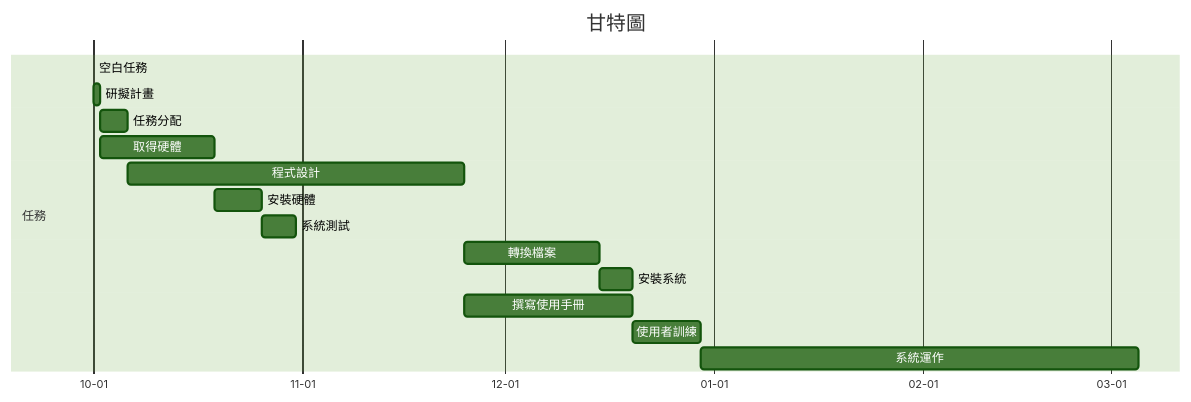
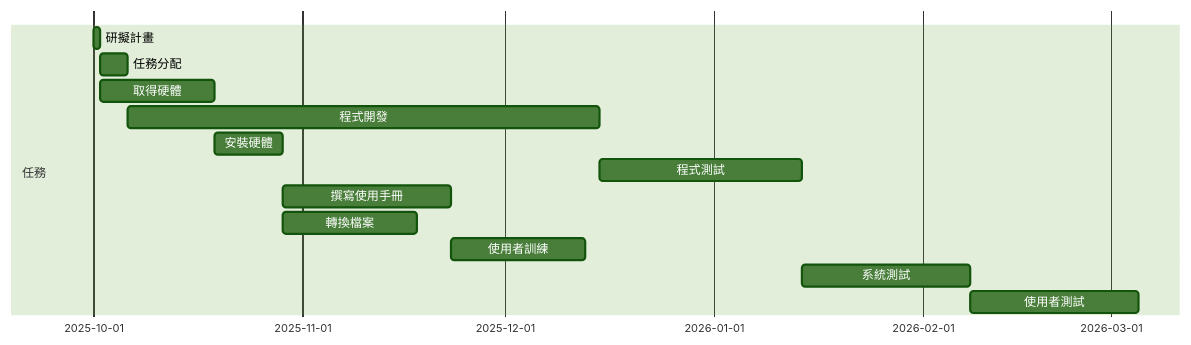
The second of 2 diagrams in hw2.md (chuuu-8/114-b), drawn with Mermaid (forest theme) before and after one commit. The commit also changed other lines of this file, not shown here.

````diff
--- a/hw2.md
+++ b/hw2.md
@@ -31,19 +40,16 @@
 ```mermaid
 gantt
-    title 甘特圖
     dateFormat  YYYY-MM-DD
-    axisFormat  %m-%d
     section 任務
-    空白任務       :b0, 2025-10-01, 0d
-    研擬計畫       :a1, after b0, 1d
+    研擬計畫       :a1, 2025-10-01, 1d
     任務分配       :a2, after a1, 4d
     取得硬體       :a3, 2025-10-02, 17d
-    程式設計       :a4, after a2, 50d
-    安裝硬體       :a5, after a3, 7d
-    系統測試       :a6, after a5, 5d
-    轉換檔案       :a7, after a4, 20d
-    安裝系統       :a8, after a6 a7, 5d
-    撰寫使用手冊    :a9, after a4, 25d
-    使用者訓練      :a10, after a9, 10d
-    系統運作       :a11, after a10 a8, 65d
+    程式開發       :a4, after a2, 70d
+    安裝硬體       :a5, after a3, 10d
+    程式測試       :a6, after a4, 30d
+    撰寫使用手冊    :a7, after a5, 25d
+    轉換檔案       :a8, after a5, 20d
+    使用者訓練      :a10, after a7 a8, 20d
+    系統測試       :a9, after a6, 25d
+    使用者測試       :a11, after a10 a9, 25d
 ```
````
